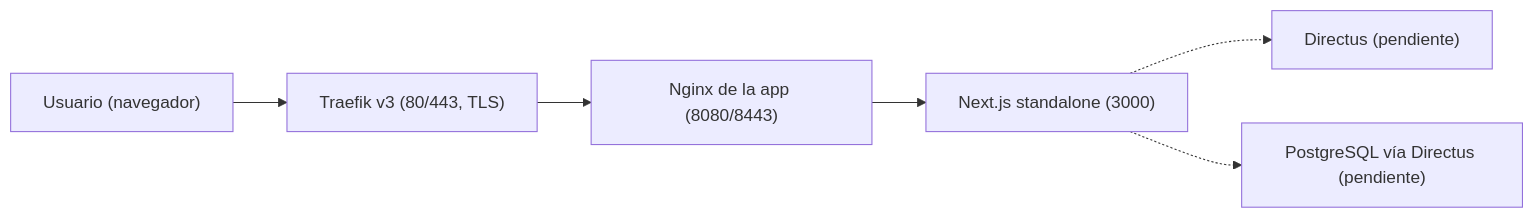
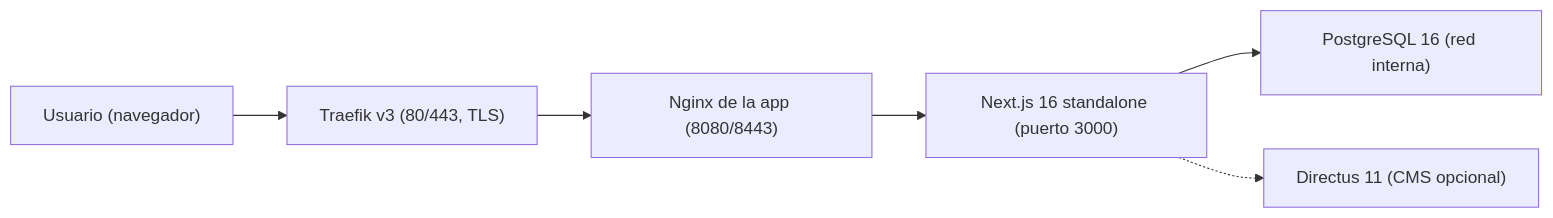
The diagram in README.md (MANGELGATO/Estadia2026IDGS), drawn with Mermaid before and after one commit. The commit also changed other lines of this file and 45 other files, not shown here.

Commit message:
refactor: migrate database from MySQL/MAMP to PostgreSQL and implement NextAuth and API routes

````diff
--- a/README.md
+++ b/README.md
@@ -15,8 +16,8 @@
 ```mermaid
 flowchart LR
     U["Usuario (navegador)"] --> T["Traefik v3 (80/443, TLS)"]
     T --> N["Nginx de la app (8080/8443)"]
-    N --> A["Next.js standalone (3000)"]
-    A -.-> D["Directus (pendiente)"]
-    A -.-> P["PostgreSQL vía Directus (pendiente)"]
+    N --> A["Next.js 16 standalone (puerto 3000)"]
+    A --> P["PostgreSQL 16 (red interna)"]
+    A -.-> D["Directus 11 (CMS opcional)"]
 ```
````
